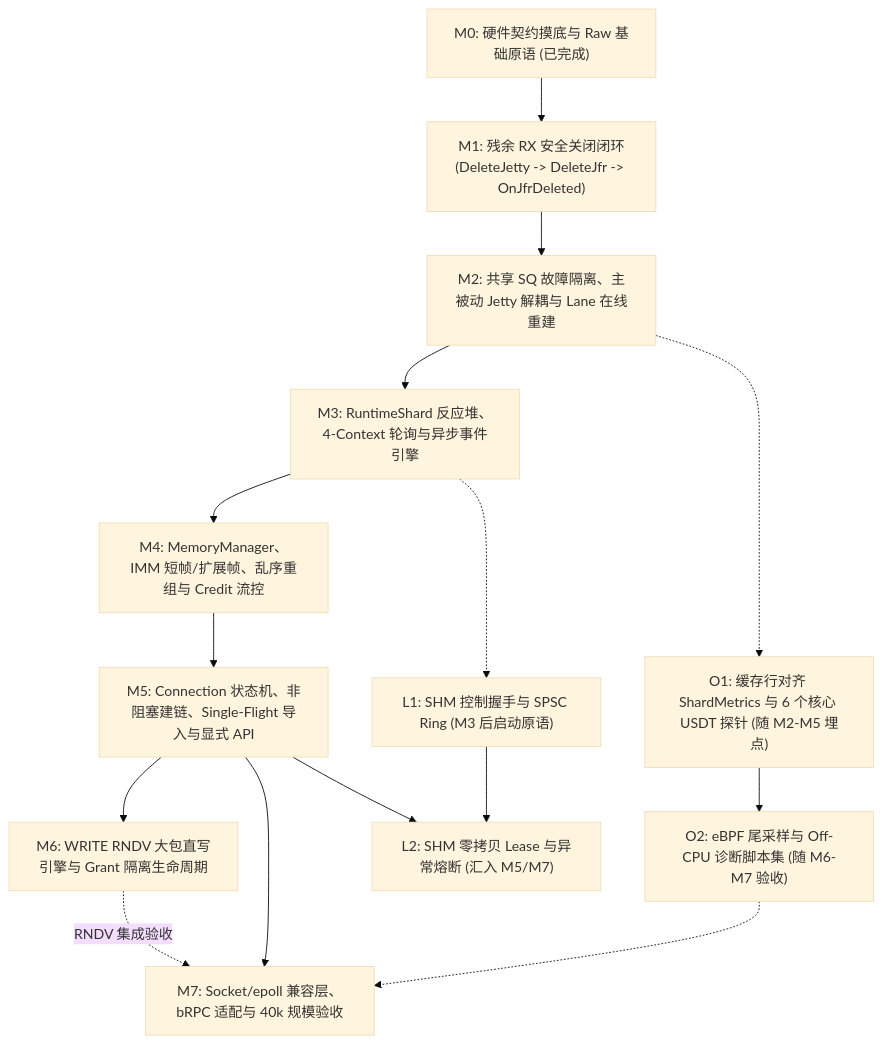
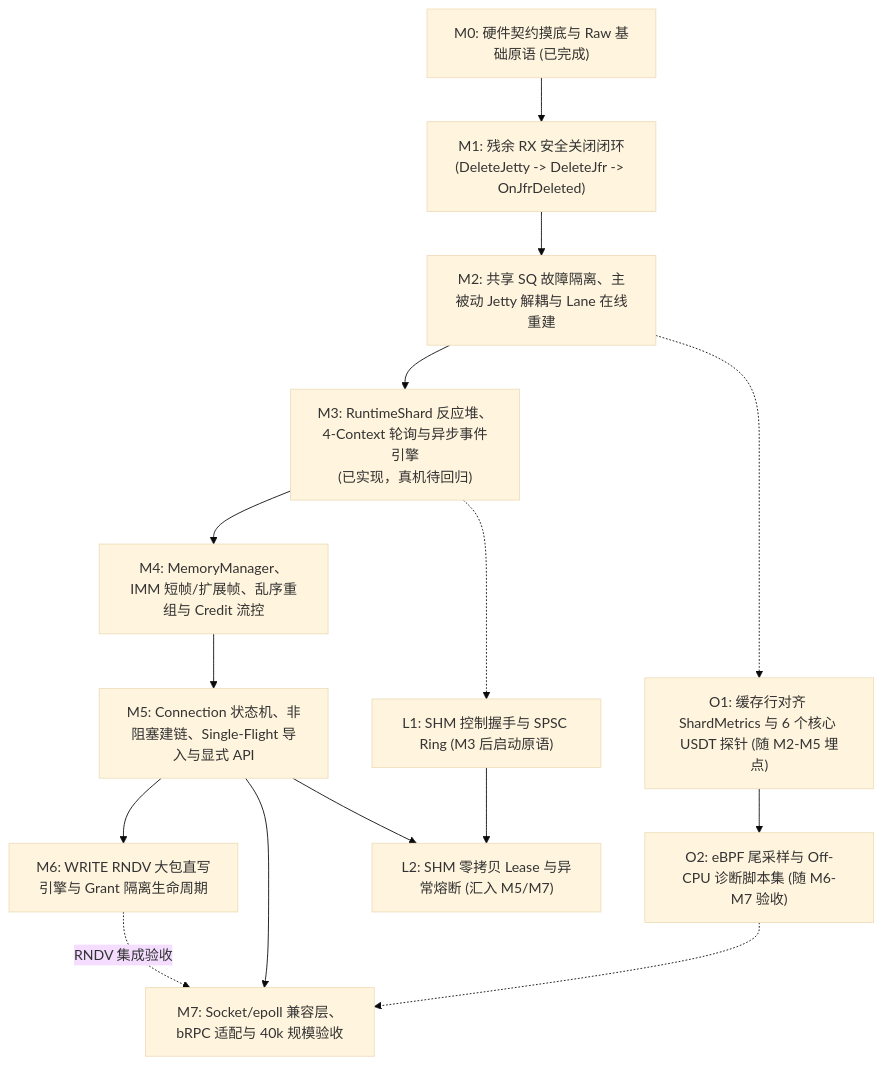
The diagram in docs/roadmap.md (condy0919/kbsocket), drawn with Mermaid (base theme) before and after one commit. The commit also changed other lines of this file and 19 other files, not shown here.

First line of the commit message:
feat(runtime): add bounded multi-context shard progress

````diff
--- a/docs/roadmap.md
+++ b/docs/roadmap.md
@@ -37,25 +38,25 @@
 ```mermaid
 flowchart TD
     M0["M0: 硬件契约摸底与 Raw 基础原语 (已完成)"]
     M1["M1: 残余 RX 安全关闭闭环<br/>(DeleteJetty -> DeleteJfr -> OnJfrDeleted)"]
     M2["M2: 共享 SQ 故障隔离、主被动 Jetty 解耦与 Lane 在线重建"]
-    M3["M3: RuntimeShard 反应堆、4-Context 轮询与异步事件引擎"]
+    M3["M3: RuntimeShard 反应堆、4-Context 轮询与异步事件引擎<br/>(已实现，真机待回归)"]
     M4["M4: MemoryManager、IMM 短帧/扩展帧、乱序重组与 Credit 流控"]
     M5["M5: Connection 状态机、非阻塞建链、Single-Flight 导入与显式 API"]
     M6["M6: WRITE RNDV 大包直写引擎与 Grant 隔离生命周期"]
     M7["M7: Socket/epoll 兼容层、bRPC 适配与 40k 规模验收"]
 
     L1["L1: SHM 控制握手与 SPSC Ring (M3 后启动原语)"]
     L2["L2: SHM 零拷贝 Lease 与异常熔断 (汇入 M5/M7)"]
     O1["O1: 缓存行对齐 ShardMetrics 与 6 个核心 USDT 探针 (随 M2-M5 埋点)"]
     O2["O2: eBPF 尾采样与 Off-CPU 诊断脚本集 (随 M6-M7 验收)"]
 
     M0 --> M1 --> M2 --> M3 --> M4 --> M5
     M5 --> M6
     M5 --> M7
     M6 -.->|"RNDV 集成验收"| M7
     M2 -.-> O1
     M3 -.-> L1 --> L2
     M5 --> L2
     O1 --> O2 -.-> M7
 ```
````
